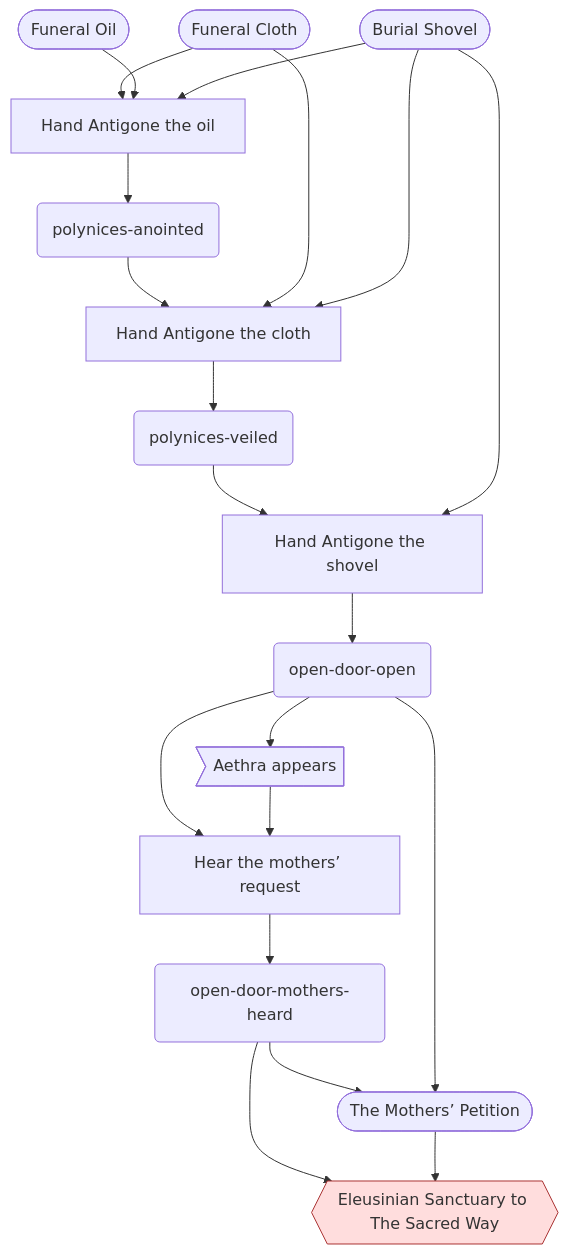
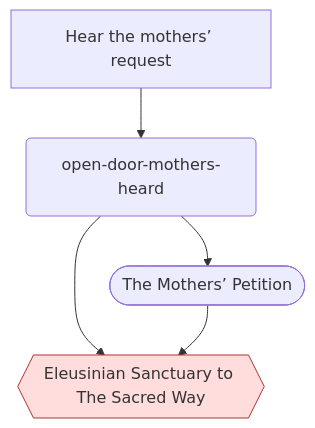
One commit to cenetex/cosyworld changed diagram 12 of 14 in docs/maps/greek-drama.md. Above: the diagram before and after it, drawn with Mermaid. The commit also changed other lines of this file and 34 other files, not shown here.

First line of the commit message:
Greek audit fixes: Attica is simply there, Dione's door needs no Marathon, only provisions open harbor to Piraeus

````diff
--- a/docs/maps/greek-drama.md
+++ b/docs/maps/greek-drama.md
@@ -418,38 +418,13 @@
 ```mermaid
 flowchart TD
-  n_act_greek_anoint_polynices["Hand Antigone the oil"]
-  n_act_greek_bury_polynices["Hand Antigone the shovel"]
   n_act_greek_open_door_hear_mothers["Hear the mothers’ request"]
-  n_act_greek_shroud_polynices["Hand Antigone the cloth"]
   n_flag_greek_open_door_mothers_heard("open-door-mothers-heard")
-  n_flag_greek_open_door_open("open-door-open")
-  n_flag_greek_polynices_anointed("polynices-anointed")
-  n_flag_greek_polynices_veiled("polynices-veiled")
   n_item_greek_burial_petition(["The Mothers’ Petition"])
-  n_item_greek_funeral_cloth(["Funeral Cloth"])
-  n_item_greek_oil_flask(["Funeral Oil"])
-  n_item_greek_shovel(["Burial Shovel"])
-  n_resident_greek_aethra>"Aethra appears"]
   n_route_greek_eleusis_greek_road_athens_eleusis{{"Eleusinian Sanctuary to The Sacred Way"}}
-  n_act_greek_anoint_polynices --> n_flag_greek_polynices_anointed
-  n_act_greek_bury_polynices --> n_flag_greek_open_door_open
   n_act_greek_open_door_hear_mothers --> n_flag_greek_open_door_mothers_heard
-  n_act_greek_shroud_polynices --> n_flag_greek_polynices_veiled
   n_flag_greek_open_door_mothers_heard --> n_item_greek_burial_petition
   n_flag_greek_open_door_mothers_heard --> n_route_greek_eleusis_greek_road_athens_eleusis
-  n_flag_greek_open_door_open --> n_act_greek_open_door_hear_mothers
-  n_flag_greek_open_door_open --> n_item_greek_burial_petition
-  n_flag_greek_open_door_open --> n_resident_greek_aethra
-  n_flag_greek_polynices_anointed --> n_act_greek_shroud_polynices
-  n_flag_greek_polynices_veiled --> n_act_greek_bury_polynices
   n_item_greek_burial_petition --> n_route_greek_eleusis_greek_road_athens_eleusis
-  n_item_greek_funeral_cloth --> n_act_greek_anoint_polynices
-  n_item_greek_funeral_cloth --> n_act_greek_shroud_polynices
-  n_item_greek_oil_flask --> n_act_greek_anoint_polynices
-  n_item_greek_shovel --> n_act_greek_anoint_polynices
-  n_item_greek_shovel --> n_act_greek_bury_polynices
-  n_item_greek_shovel --> n_act_greek_shroud_polynices
-  n_resident_greek_aethra --> n_act_greek_open_door_hear_mothers
   classDef gate fill:#fdd,stroke:#a33
   class n_route_greek_eleusis_greek_road_athens_eleusis gate
 ```
````
